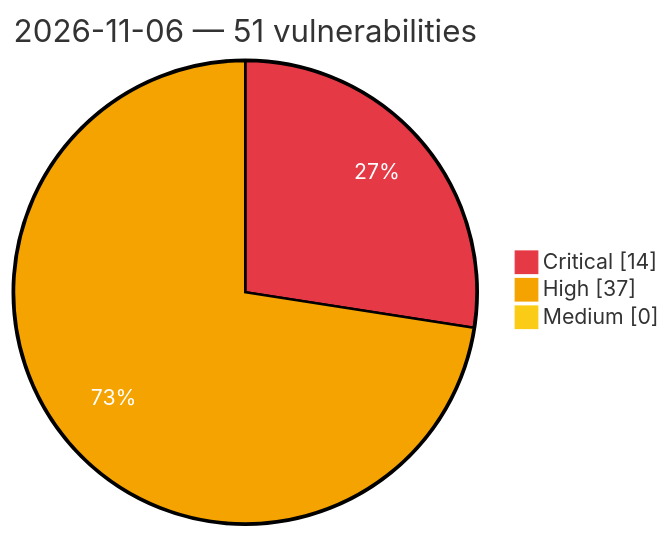
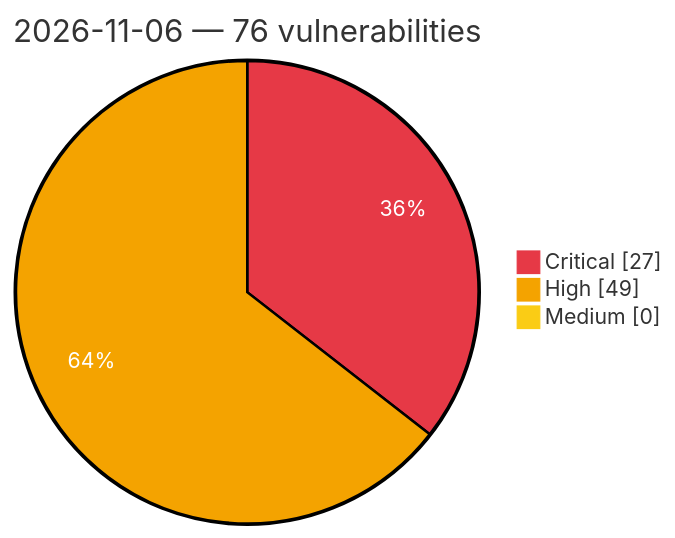
The diagram in vulnerabilities/2026/November/2026-11-06.md (GhostX0X/vuln-tracker), drawn with Mermaid before and after one commit. The commit also changed other lines of this file and 5 other files, not shown here.

Commit message:
Auto update: critical/high vulns (2026-11-06 23:56 UTC)

````diff
--- a/vulnerabilities/2026/November/2026-11-06.md
+++ b/vulnerabilities/2026/November/2026-11-06.md
@@ -3,8 +3,8 @@
 ```mermaid
 %%{init: {'theme':'base', 'themeVariables': {'pie1':'#e63946', 'pie2':'#f4a300', 'pie3':'#facc15', 'pieOpacity':'1', 'pieOuterStrokeWidth':'2px', 'pieSectionTextColor':'#ffffff'}}}%%
 pie showData
-    title 2026-11-06 — 51 vulnerabilities
-    "Critical" : 14
-    "High" : 37
+    title 2026-11-06 — 76 vulnerabilities
+    "Critical" : 27
+    "High" : 49
     "Medium" : 0
 ```
````
